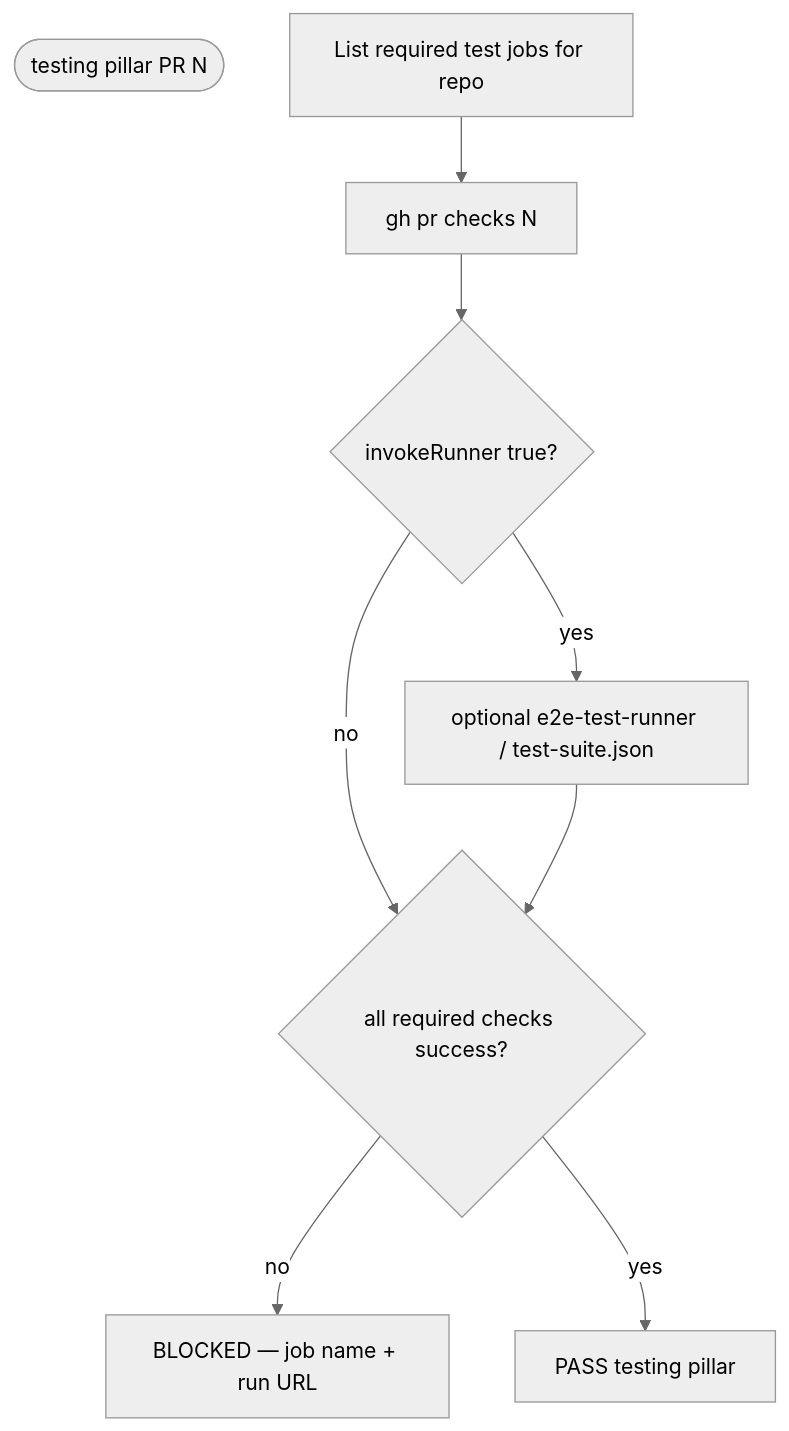
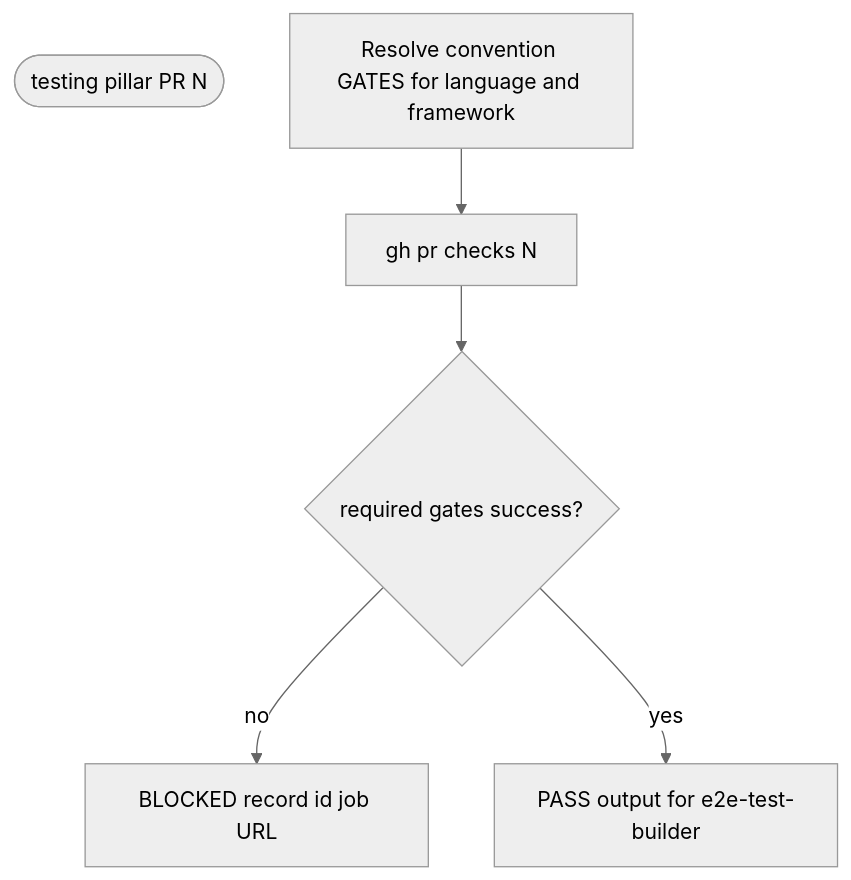
Before and after one commit to chimeranext/better-toolkits: the first of 2 diagrams in toolkits/assurance-toolkit/references/testing/triage.md, drawn with Mermaid (neutral theme). The commit also changed other lines of this file and 23 other files, not shown here.

````diff
--- a/toolkits/assurance-toolkit/references/testing/triage.md
+++ b/toolkits/assurance-toolkit/references/testing/triage.md
@@ -16,12 +16,9 @@
 ```mermaid
 flowchart TD
   start(["testing pillar PR N"])
-  c1["List required test jobs for repo"]
+  c1["Resolve convention GATES for language and framework"]
   c1 --> c2["gh pr checks N"]
-  c2 --> c3{"invokeRunner true?"}
-  c3 -->|yes| r["optional e2e-test-runner / test-suite.json"]
-  c3 -->|no| v{"all required checks success?"}
-  r --> v
-  v -->|no| b["BLOCKED — job name + run URL"]
-  v -->|yes| p["PASS testing pillar"]
+  c2 --> v{"required gates success?"}
+  v -->|no| b["BLOCKED record id job URL"]
+  v -->|yes| p["PASS output for e2e-test-builder"]
 ```
````
